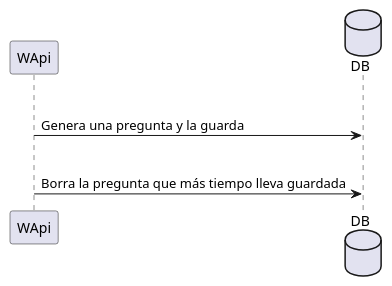
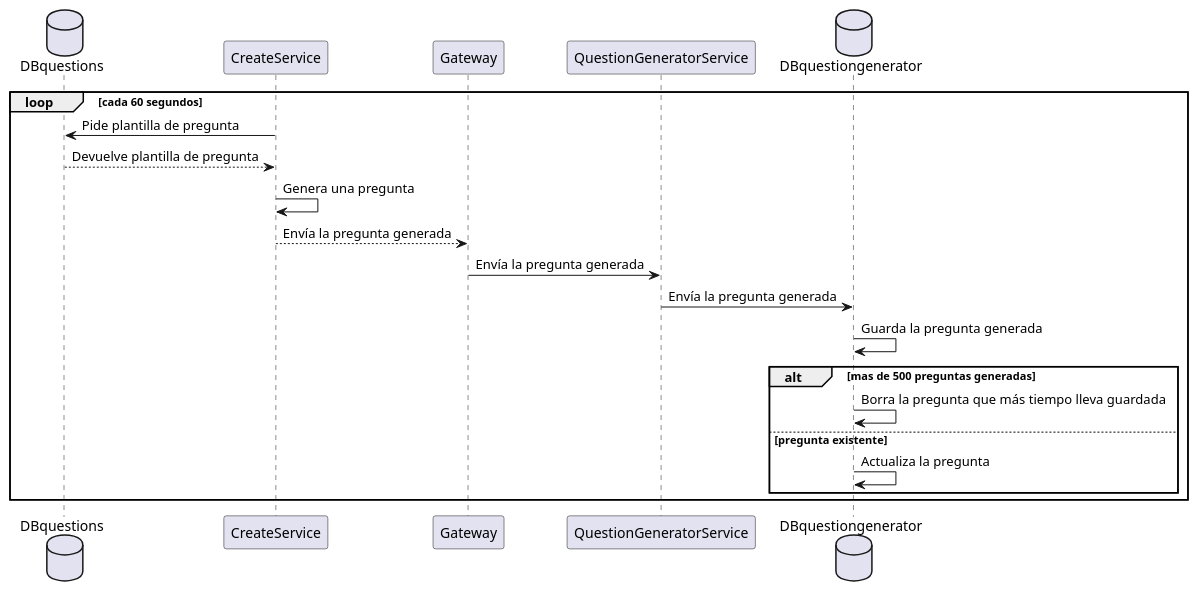
The third of 9 diagrams in docs/src/06_runtime_view.adoc (Arquisoft/wiq_es6b), drawn with PlantUML before and after one commit. The commit also changed other lines of this file, not shown here.

Commit message:
Actualizados diagramas de secuencia

```diff
--- a/docs/src/06_runtime_view.adoc
+++ b/docs/src/06_runtime_view.adoc
@@ -64,10 +73,23 @@
 [plantuml,"Generacion",png]
 ----
-participant WApi
-database DB
+database DBquestions
+participant CreateService
+participant Gateway
+participant QuestionGeneratorService
+database DBquestiongenerator
 
-loop cada 2 segundos
-    WApi -> DB: Genera una pregunta y la guarda
+loop cada 60 segundos
+    CreateService -> DBquestions: Pide plantilla de pregunta
+    CreateService <-- DBquestions: Devuelve plantilla de pregunta
+    CreateService -> CreateService: Genera una pregunta
+    Gateway <-- CreateService: Envía la pregunta generada
+    Gateway -> QuestionGeneratorService: Envía la pregunta generada
+    QuestionGeneratorService-> DBquestiongenerator: Envía la pregunta generada
+    DBquestiongenerator-> DBquestiongenerator: Guarda la pregunta generada
     alt mas de 500 preguntas generadas
-        WApi -> DB: Borra la pregunta que más tiempo lleva guardada
+        DBquestiongenerator-> DBquestiongenerator: Borra la pregunta que más tiempo lleva guardada
+    else pregunta existente
+        DBquestiongenerator-> DBquestiongenerator: Actualiza la pregunta
+    end
+end
 ----
```
